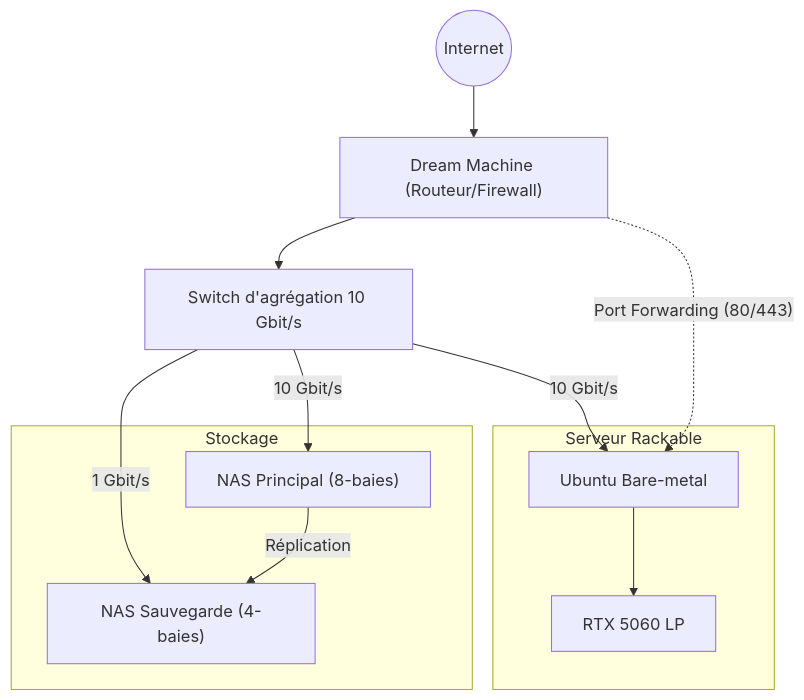
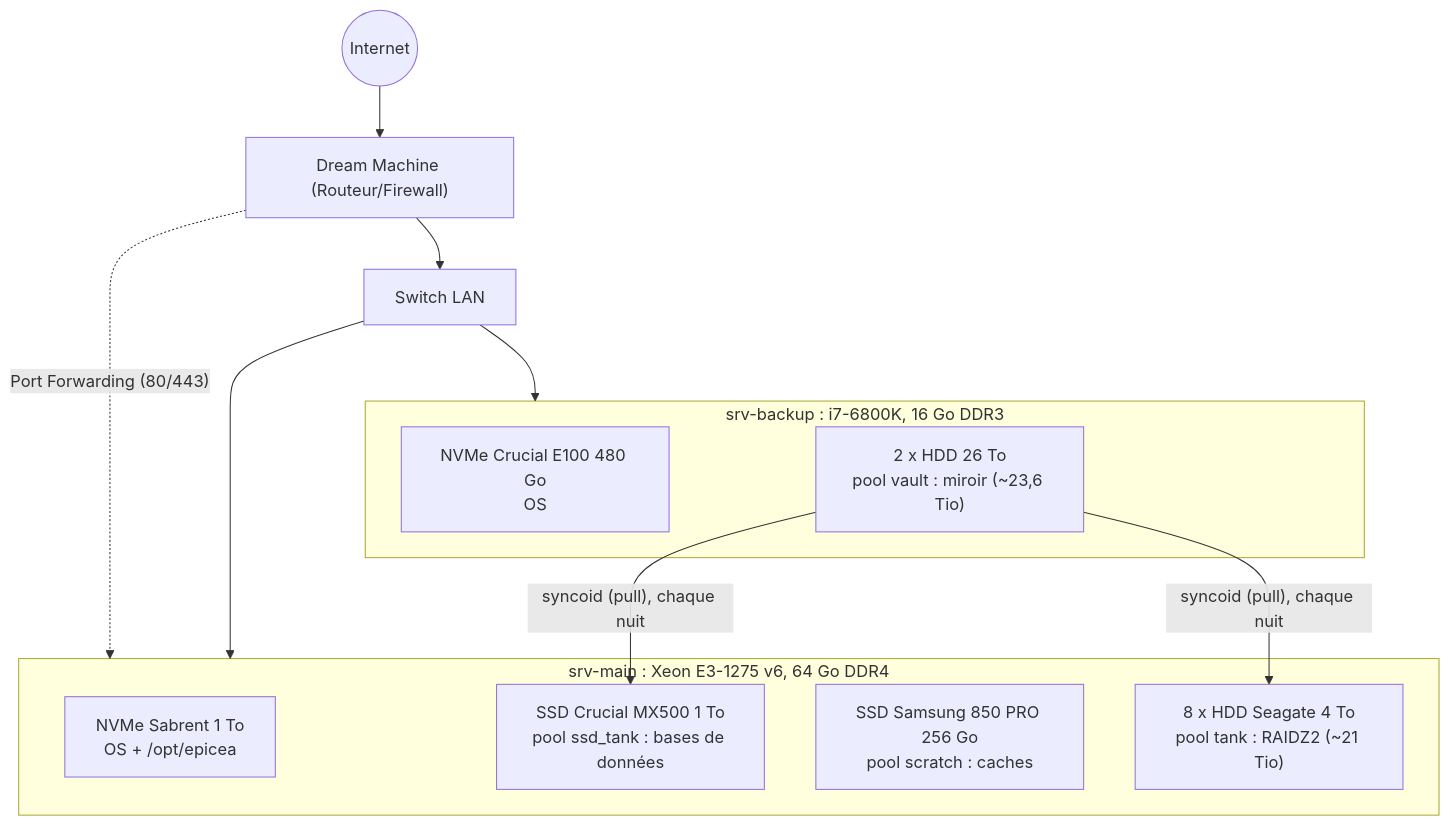
Before and after one commit to mrsolarius/EpiceaInfra: the first of 2 diagrams in README.md, drawn with Mermaid. The commit also changed other lines of this file and 104 other files, not shown here.

````diff
--- a/README.md
+++ b/README.md
@@ -19,23 +19,23 @@
 ```mermaid
 graph TD
     Internet((Internet)) --> UDM["Dream Machine (Routeur/Firewall)"]
-    UDM --> Switch_10G["Switch d'agrégation 10 Gbit/s"]
+    UDM --> Switch["Switch LAN"]
 
-    subgraph "Serveur Rackable"
-        Srv[Ubuntu Bare-metal]
-        GPU[RTX 5060 LP]
-        Srv --> GPU
+    subgraph main ["srv-main : Xeon E3-1275 v6, 64 Go DDR4"]
+        NVMe_M["NVMe Sabrent 1 To<br/>OS + /opt/epicea"]
+        SSD_DB["SSD Crucial MX500 1 To<br/>pool ssd_tank : bases de données"]
+        SSD_Cache["SSD Samsung 850 PRO 256 Go<br/>pool scratch : caches"]
+        Tank["8 x HDD Seagate 4 To<br/>pool tank : RAIDZ2 (~21 Tio)"]
     end
 
-    subgraph "Stockage"
-        NAS_Pro["NAS Principal (8-baies)"]
-        NAS_Quad["NAS Sauvegarde (4-baies)"]
+    subgraph backup ["srv-backup : i7-6800K, 16 Go DDR3"]
+        NVMe_B["NVMe Crucial E100 480 Go<br/>OS"]
+        Vault["2 x HDD 26 To<br/>pool vault : miroir (~23,6 Tio)"]
     end
 
-    Switch_10G -- "10 Gbit/s" --> Srv
-    Switch_10G -- "10 Gbit/s" --> NAS_Pro
-    Switch_10G -- "1 Gbit/s" --> NAS_Quad
-
-    UDM -. "Port Forwarding (80/443)" .-> Srv
-    NAS_Pro -- "Réplication" --> NAS_Quad
+    Switch --> main
+    Switch --> backup
+    UDM -. "Port Forwarding (80/443)" .-> main
+    Vault -- "syncoid (pull), chaque nuit" --> Tank
+    Vault -- "syncoid (pull), chaque nuit" --> SSD_DB
 ```
````
